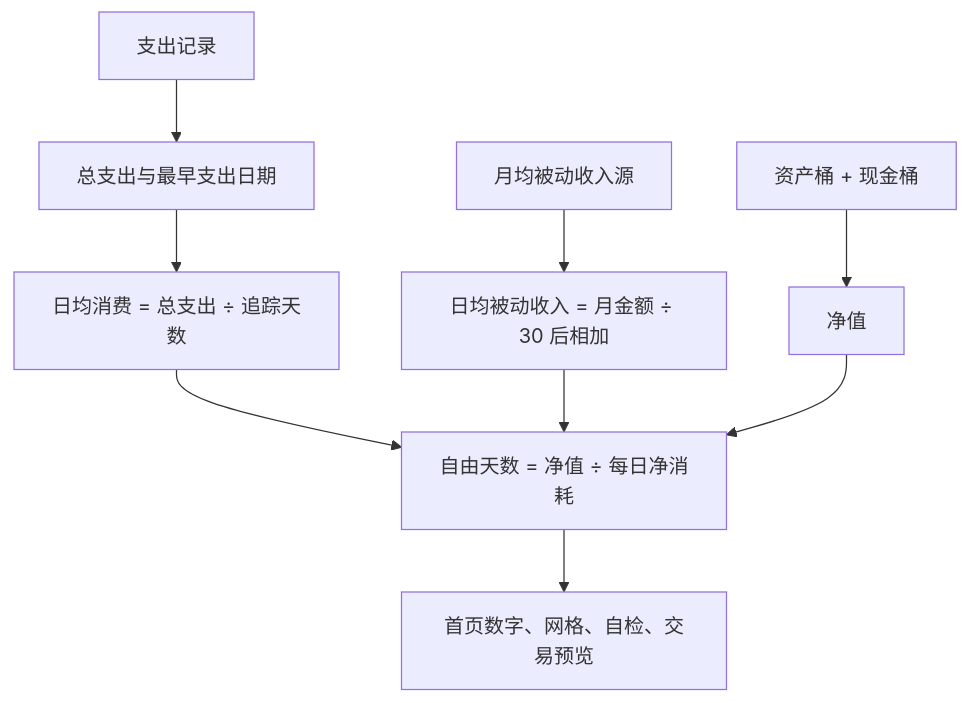
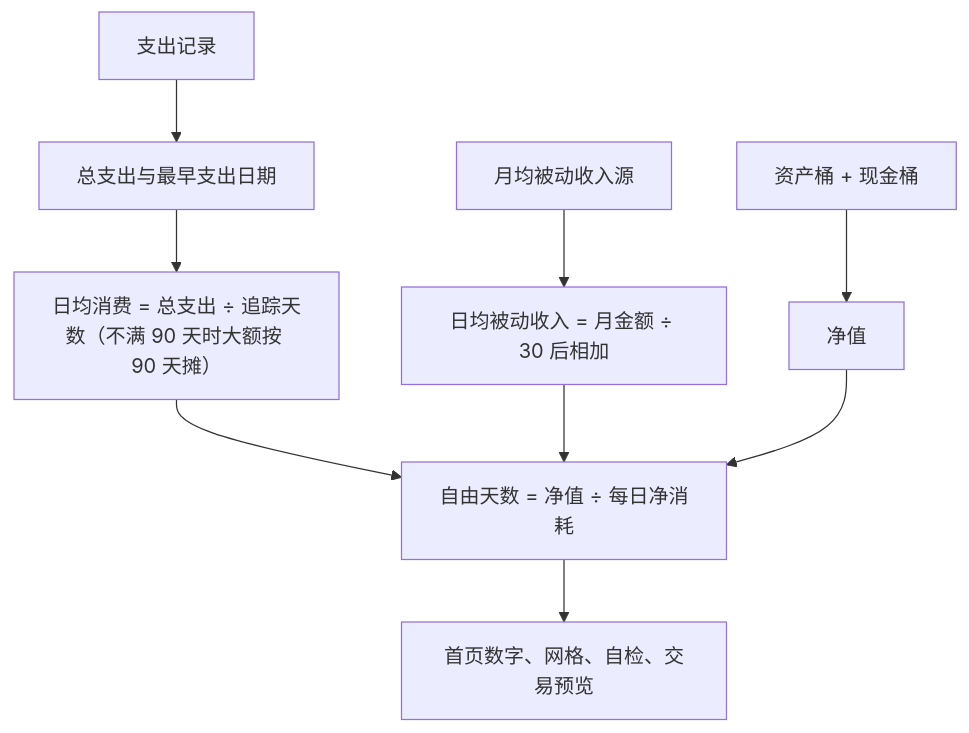
The diagram in CODE_GUIDE.md (coni555/FreeGrid-Freedom), drawn with Mermaid before and after one commit. The commit also changed other lines of this file and 24 other files, not shown here.

````diff
--- a/CODE_GUIDE.md
+++ b/CODE_GUIDE.md
@@ -60,11 +60,11 @@
 ```mermaid
 flowchart TD
     A[支出记录] --> B[总支出与最早支出日期]
-    B --> C[日均消费 = 总支出 ÷ 追踪天数]
+    B --> C[日均消费 = 总支出 ÷ 追踪天数（不满 90 天时大额按 90 天摊）]
     D[月均被动收入源] --> E[日均被动收入 = 月金额 ÷ 30 后相加]
     F[资产桶 + 现金桶] --> G[净值]
     C --> H[自由天数 = 净值 ÷ 每日净消耗]
     E --> H
     G --> H
     H --> I[首页数字、网格、自检、交易预览]
 ```
````
